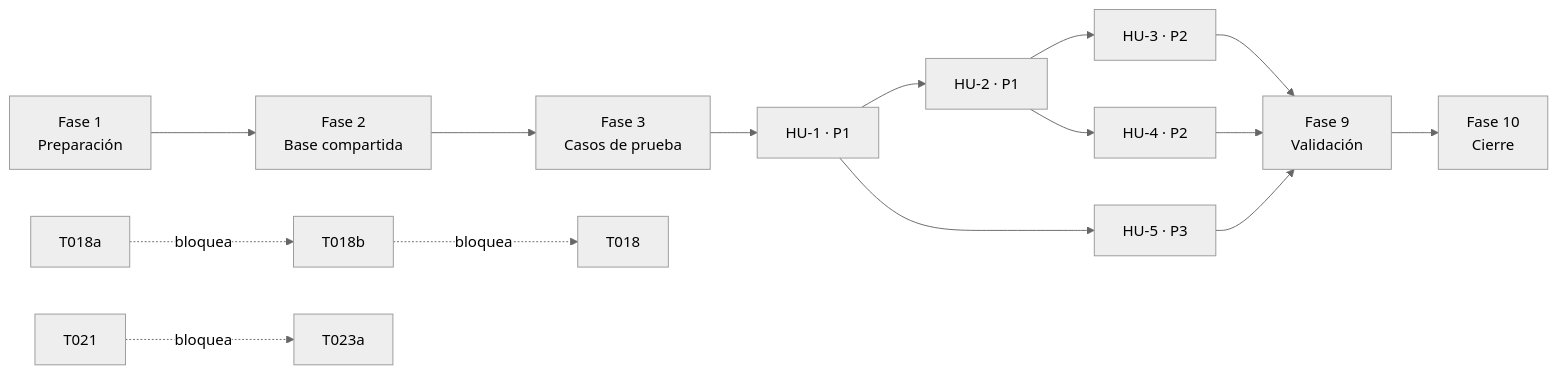
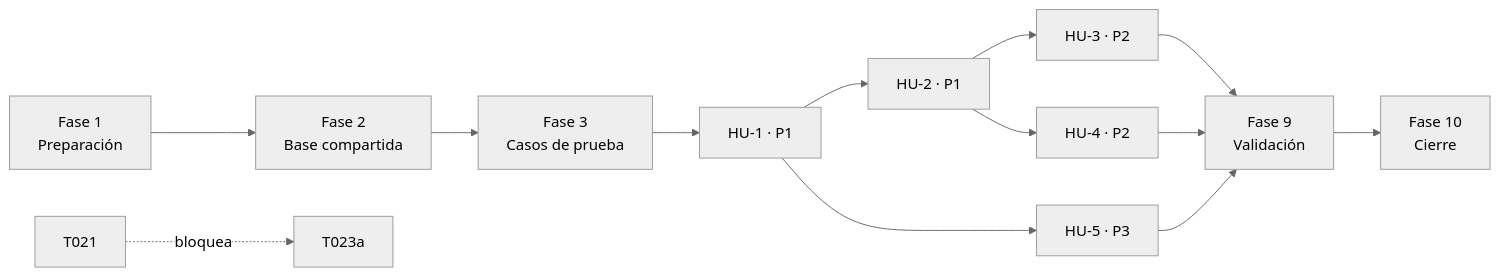
One commit to dmoreno-d10a/VIDA changed the diagram in specs/002-tipos-de-documentacion/tasks.md. Above: the diagram before and after it, drawn with Mermaid (neutral theme). The commit also changed other lines of this file and 9 other files, not shown here.

````diff
--- a/specs/002-tipos-de-documentacion/tasks.md
+++ b/specs/002-tipos-de-documentacion/tasks.md
@@ -352,17 +332,15 @@
 ```mermaid
 flowchart LR
   F1[Fase 1<br/>Preparación] --> F2[Fase 2<br/>Base compartida]
   F2 --> F3[Fase 3<br/>Casos de prueba]
   F3 --> HU1[HU-1 · P1]
   HU1 --> HU2[HU-2 · P1]
   HU2 --> HU3[HU-3 · P2]
   HU2 --> HU4[HU-4 · P2]
   HU1 --> HU5[HU-5 · P3]
   HU3 --> V[Fase 9<br/>Validación]
   HU4 --> V
   HU5 --> V
   V --> C[Fase 10<br/>Cierre]
-  T018a -.bloquea.-> T018b
-  T018b -.bloquea.-> T018
   T021 -.bloquea.-> T023a
 ```
````
